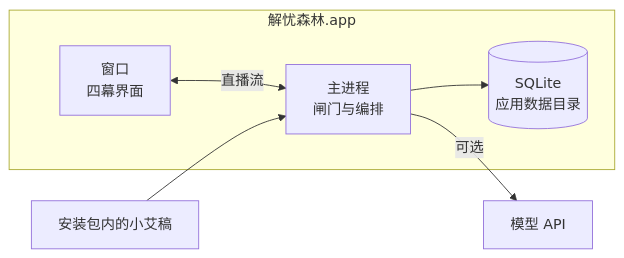
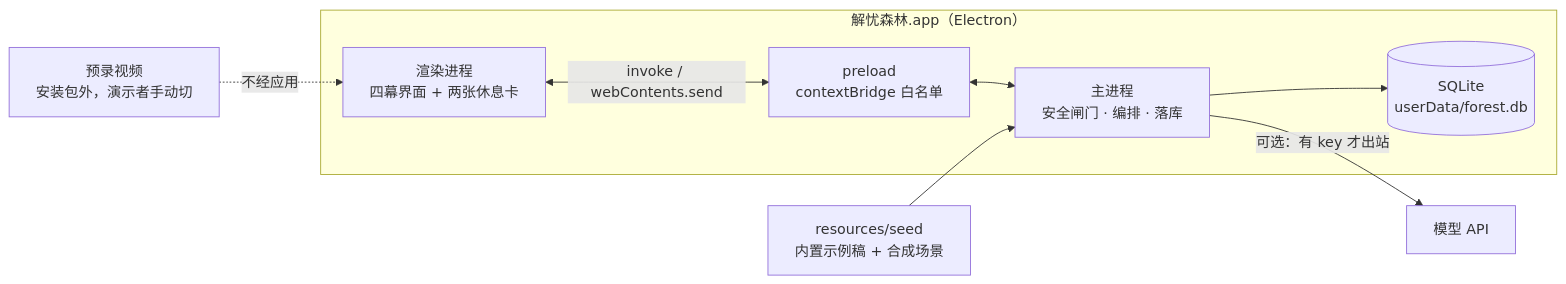
One commit to lyz-wave/jieyou-forest changed the second of 2 diagrams in docs/jieyou-forest-architecture.md. Above: the diagram before and after it, drawn with Mermaid. The commit also changed other lines of this file and 8 other files, not shown here.

````diff
--- a/docs/jieyou-forest-architecture.md
+++ b/docs/jieyou-forest-architecture.md
@@ -51,12 +52,15 @@
 ```mermaid
 flowchart LR
-  subgraph app ["解忧森林.app"]
-    win["窗口<br/>四幕界面"]
-    orch["主进程<br/>闸门与编排"]
-    sql[("SQLite<br/>应用数据目录")]
-    win <-->|"直播流"| orch
-    orch --> sql
+  subgraph app ["解忧森林.app（Electron）"]
+    win["渲染进程<br/>四幕界面 + 两张休息卡"]
+    pre["preload<br/>contextBridge 白名单"]
+    orch["主进程<br/>安全闸门 · 编排 · 落库"]
+    db[("SQLite<br/>userData/forest.db")]
+    win <-->|"invoke / webContents.send"| pre
+    pre <--> orch
+    orch --> db
   end
-  seed["安装包内的小艾稿"] --> orch
-  orch -->|"可选"| api["模型 API"]
+  seed["resources/seed<br/>内置示例稿 + 合成场景"] --> orch
+  orch -->|"可选：有 key 才出站"| api["模型 API"]
+  prerec["预录视频<br/>安装包外，演示者手动切"] -.->|"不经应用"| win
 ```
````
